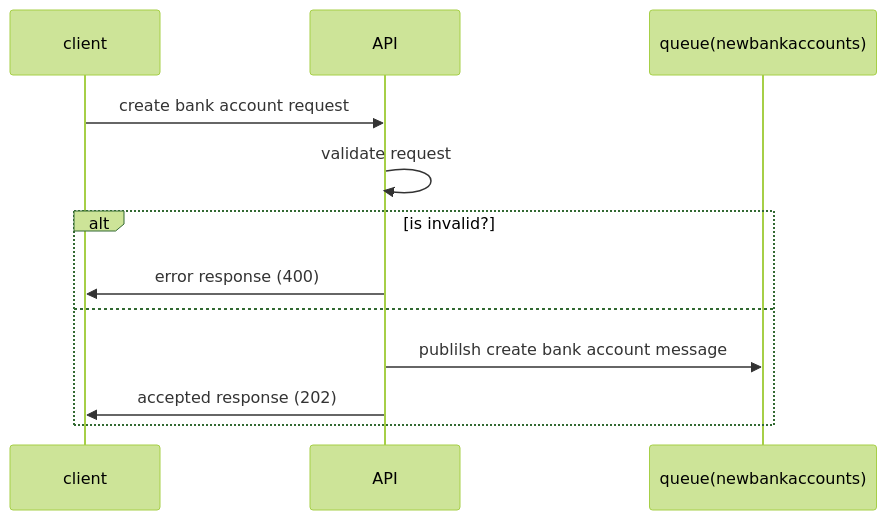
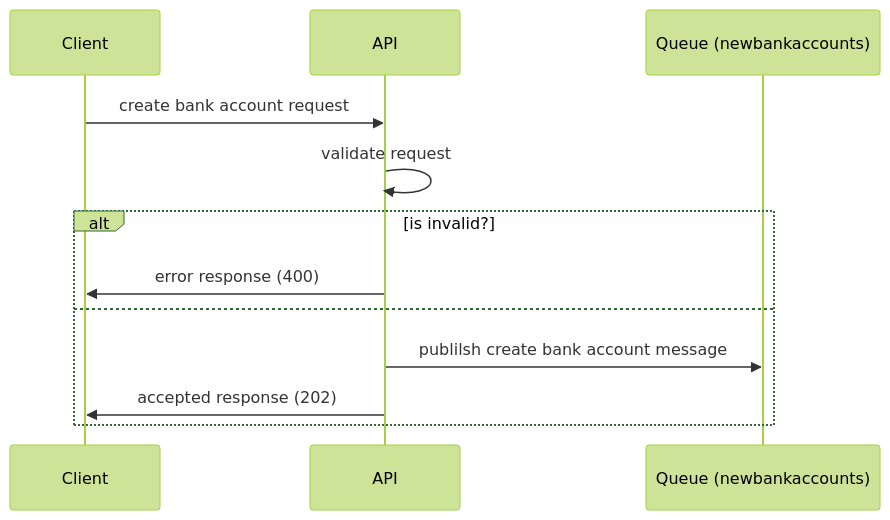
One commit to Cheranga/Demo.Bank.Accounts changed the diagram in README.md. Above: the diagram before and after it, drawn with Mermaid (forest theme). The commit also changed 5 other files, not shown here.

````diff
--- a/README.md
+++ b/README.md
@@ -15,11 +15,11 @@
 ```mermaid
 sequenceDiagram
-    client->>API: create bank account request
+    Client->>API: create bank account request
     API->>API: validate request
     alt is invalid?
-        API->>client: error response (400)
+        API->>Client: error response (400)
     else
-        API->>queue(newbankaccounts): publilsh create bank account message
-        API->>client: accepted response (202)
+        API->>Queue (newbankaccounts): publilsh create bank account message
+        API->>Client: accepted response (202)
     end
 ```
````
